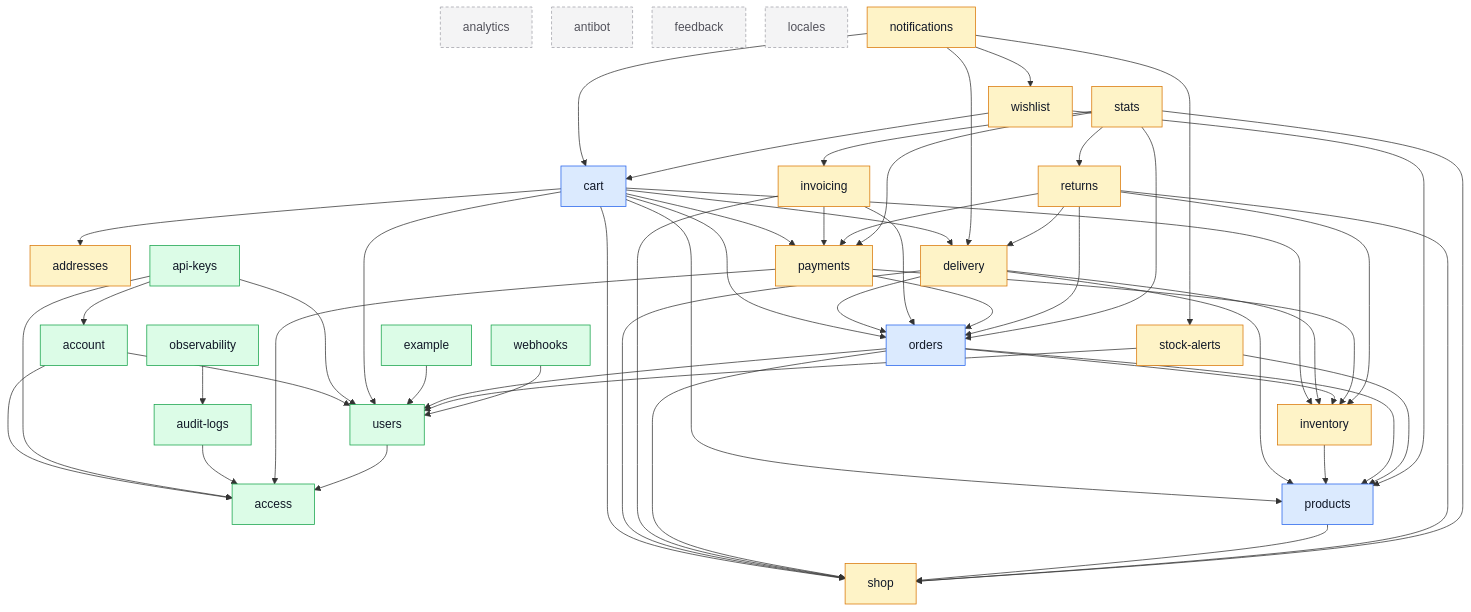
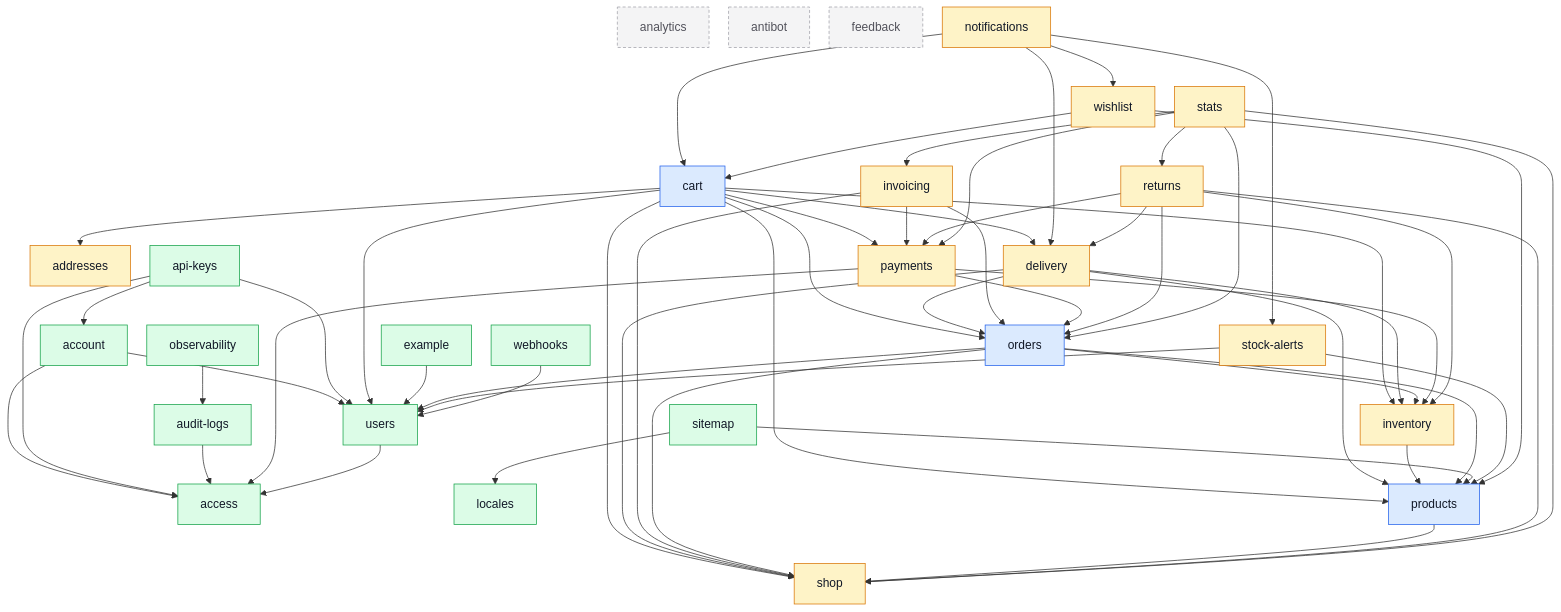
Before and after one commit to Guebbit/boilerplate-node-backend: the diagram in docs/modules/index.md, drawn with Mermaid. The commit also changed other lines of this file and 20 other files, not shown here.

````diff
--- a/docs/modules/index.md
+++ b/docs/modules/index.md
@@ -61,6 +61,7 @@
     products
     returns
     shop
+    sitemap
     stats
     stock_alerts["stock-alerts"]
     users
@@ -108,6 +109,8 @@
     returns --> orders
     returns --> payments
     returns --> shop
+    sitemap --> locales
+    sitemap --> products
     stats --> invoicing
     stats --> orders
     stats --> payments
@@ -126,6 +129,6 @@
     classDef isolated fill:#f4f4f5,stroke:#a1a1aa,color:#52525b,stroke-dasharray:4 3;
     class cart,orders,products core;
     class addresses,delivery,inventory,invoicing,notifications,payments,returns,shop,stats,stock_alerts,wishlist supporting;
-    class access,account,api_keys,audit_logs,example,observability,users,webhooks generic;
-    class analytics,antibot,feedback,locales isolated;
+    class access,account,api_keys,audit_logs,example,locales,observability,sitemap,users,webhooks generic;
+    class analytics,antibot,feedback isolated;
 ```
````
